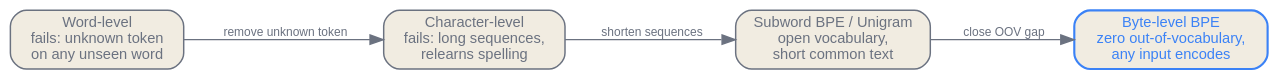
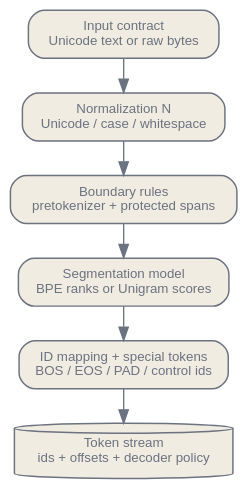
The diagram in en/foundations/03-tokenization.qmd (latere-ai/ai-as-an-infrastructure), drawn with Graphviz before and after one commit. The commit also changed other lines of this file and 12 other files, not shown here.

````diff
--- a/en/foundations/03-tokenization.qmd
+++ b/en/foundations/03-tokenization.qmd
@@ -176,19 +19,20 @@
 ```{dot}
-//| label: fig-tokenization-evolution
-//| fig-cap: "The lineage from word-level to byte-level tokenization. Each arrow is labeled with the failure the next stage removes. Byte-level BPE closes the out-of-vocabulary gap entirely."
-digraph evolution {
+//| label: fig-tokenization-contract
+//| fig-cap: "The tokenizer contract. Normalization and boundary rules determine the stream seen by the segmentation model; the vocabulary, special-token policy, postprocessor, and decoder then determine the ids and their meaning."
+digraph {
   bgcolor="transparent";
-  rankdir=LR;
-  node [shape=box, fontname="Helvetica", fontsize=11, style="rounded,filled", fillcolor="#f1ece1", color="#6b7280", fontcolor="#6b7280", penwidth=1.1];
-  edge [fontname="Helvetica", fontsize=9, color="#6b7280", fontcolor="#6b7280"];
+  rankdir=TB;
+  nodesep=0.32; ranksep=0.36;
+  node [shape=box, style="rounded,filled", fontname="Helvetica", fontsize=10, color="#6b7280", fontcolor="#6b7280", fillcolor="#f1ece1", penwidth=1.1];
+  edge [fontsize=9, fontname="Helvetica", color="#6b7280", fontcolor="#6b7280"];
 
-  word    [label="Word-level\nfails: unknown token\non any unseen word"];
-  char    [label="Character-level\nfails: long sequences,\nrelearns spelling"];
-  subword [label="Subword BPE / Unigram\nopen vocabulary,\nshort common text"];
-  byte    [label="Byte-level BPE\nzero out-of-vocabulary,\nany input encodes", color="#3b82f6", fontcolor="#3b82f6", penwidth=1.6];
+  A [label="Input contract\nUnicode text or raw bytes"];
+  B [label="Normalization N\nUnicode / case / whitespace"];
+  C [label="Boundary rules\npretokenizer + protected spans"];
+  D [label="Segmentation model\nBPE ranks or Unigram scores"];
+  E [label="ID mapping + special tokens\nBOS / EOS / PAD / control ids"];
+  F [label="Token stream\nids + offsets + decoder policy", shape=cylinder];
 
-  word    -> char    [label="  remove unknown token"];
-  char    -> subword [label="  shorten sequences"];
-  subword -> byte    [label="  close OOV gap"];
+  A -> B -> C -> D -> E -> F;
 }
 ```
````
